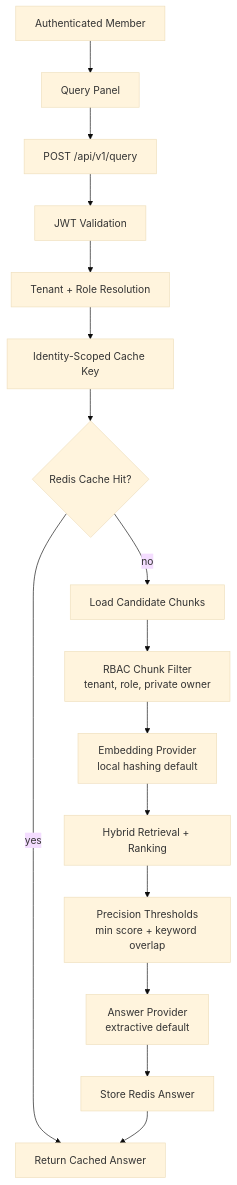
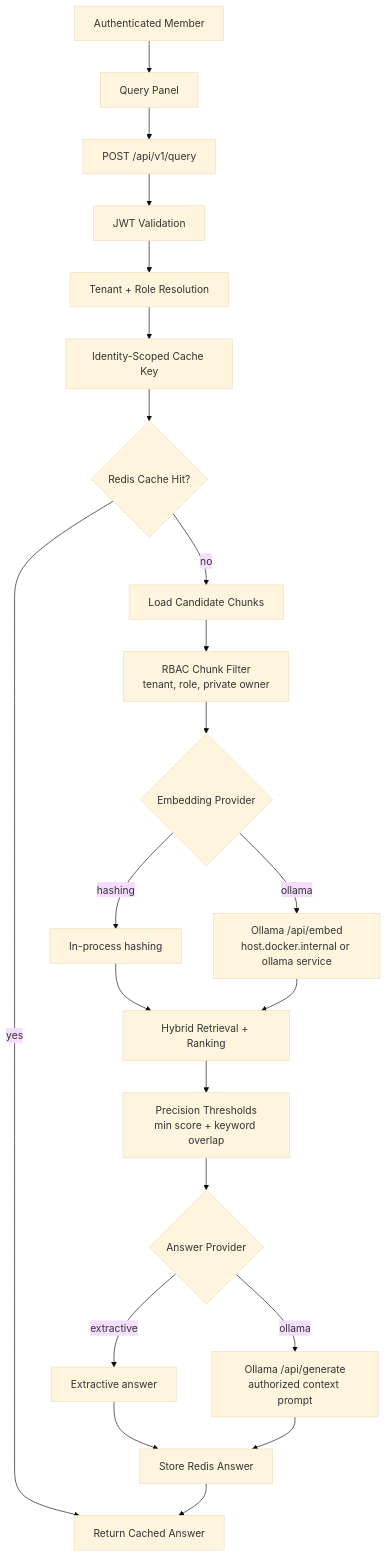
The third of 8 diagrams in docs/flow-diagrams.md (lnrdwarampudis-git/rag-saas-docs-ingestion-poc), drawn with Mermaid (base theme) before and after one commit. The commit also changed other lines of this file and 6 other files, not shown here.

Commit message:
Document host Ollama Docker flow

````diff
--- a/docs/flow-diagrams.md
+++ b/docs/flow-diagrams.md
@@ -74,18 +74,24 @@
 ```mermaid
 flowchart TD
   member["Authenticated Member"] --> queryUi["Query Panel"]
   queryUi --> queryApi["POST /api/v1/query"]
   queryApi --> token["JWT Validation"]
   token --> rbac["Tenant + Role Resolution"]
   rbac --> cacheKey["Identity-Scoped Cache Key"]
   cacheKey --> redis{"Redis Cache Hit?"}
   redis -- yes --> answer["Return Cached Answer"]
   redis -- no --> chunks["Load Candidate Chunks"]
   chunks --> filter["RBAC Chunk Filter<br/>tenant, role, private owner"]
-  filter --> embed["Embedding Provider<br/>local hashing default"]
-  embed --> rank["Hybrid Retrieval + Ranking"]
+  filter --> embed{"Embedding Provider"}
+  embed -- hashing --> localHash["In-process hashing"]
+  embed -- ollama --> ollamaEmbed["Ollama /api/embed<br/>host.docker.internal or ollama service"]
+  localHash --> rank["Hybrid Retrieval + Ranking"]
+  ollamaEmbed --> rank
   rank --> threshold["Precision Thresholds<br/>min score + keyword overlap"]
-  threshold --> compose["Answer Provider<br/>extractive default"]
-  compose --> saveCache["Store Redis Answer"]
+  threshold --> compose{"Answer Provider"}
+  compose -- extractive --> extractiveAnswer["Extractive answer"]
+  compose -- ollama --> ollamaAnswer["Ollama /api/generate<br/>authorized context prompt"]
+  extractiveAnswer --> saveCache["Store Redis Answer"]
+  ollamaAnswer --> saveCache
   saveCache --> answer
 ```
````
